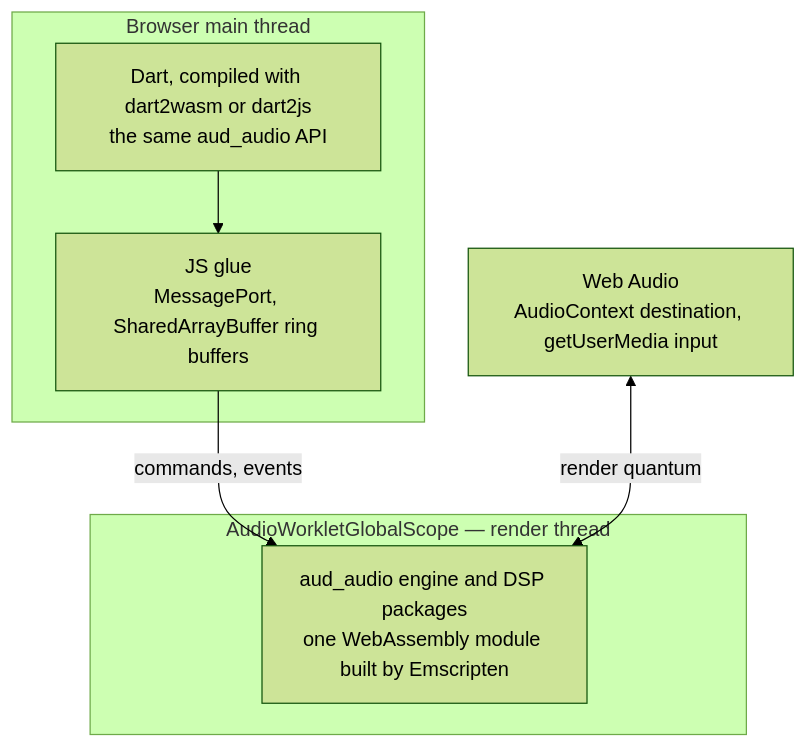
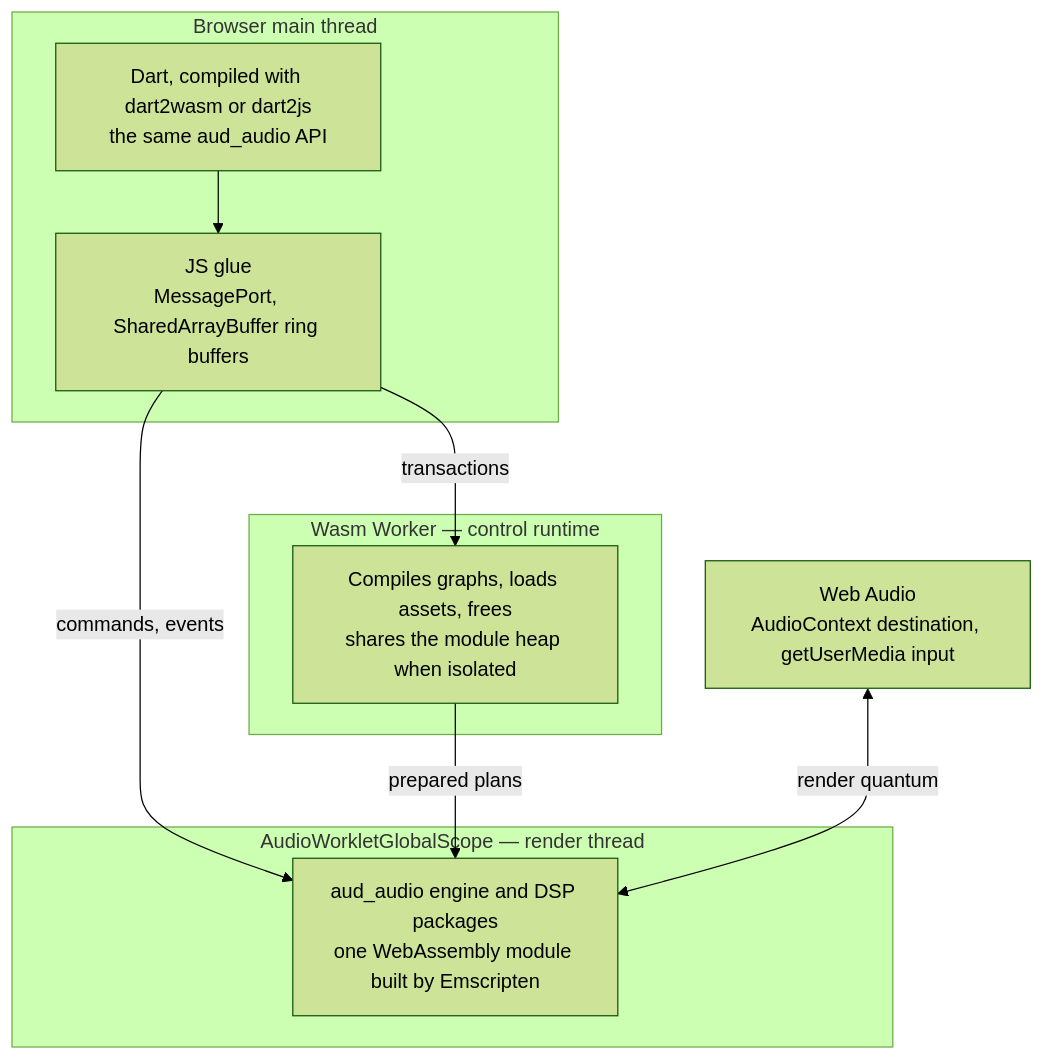
One commit to audaudio/aud_audio_pm changed the diagram in doc/2026-Q4/architecture/img/runtime-web.mmd. Above: the diagram before and after it, drawn with Mermaid (forest theme). The commit also changed 21 other files, not shown here.

```diff
--- a/doc/2026-Q4/architecture/img/runtime-web.mmd
+++ b/doc/2026-Q4/architecture/img/runtime-web.mmd
@@ -1,11 +1,15 @@
 flowchart TB
   subgraph Main[Browser main thread]
     DartWeb[Dart, compiled with dart2wasm or dart2js<br/>the same aud_audio API]
     Glue[JS glue<br/>MessagePort, SharedArrayBuffer ring buffers]
+  end
+  subgraph Worker[Wasm Worker — control runtime]
+    Ctl[Compiles graphs, loads assets, frees<br/>shares the module heap when isolated]
   end
   subgraph Worklet[AudioWorkletGlobalScope — render thread]
     Wasm[aud_audio engine and DSP packages<br/>one WebAssembly module built by Emscripten]
   end
   WebAudio[Web Audio<br/>AudioContext destination, getUserMedia input]
   DartWeb --> Glue -->|commands, events| Wasm
+  Glue -->|transactions| Ctl -->|prepared plans| Wasm
   WebAudio <-->|render quantum| Wasm
```
